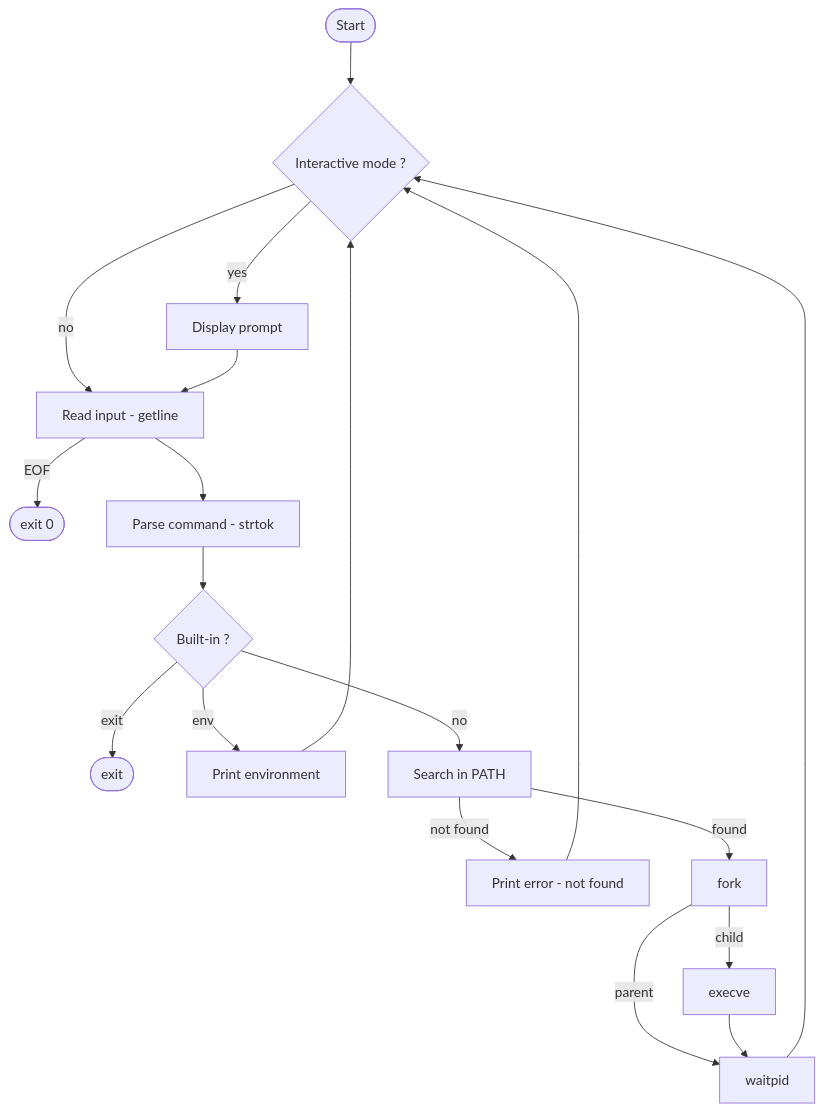
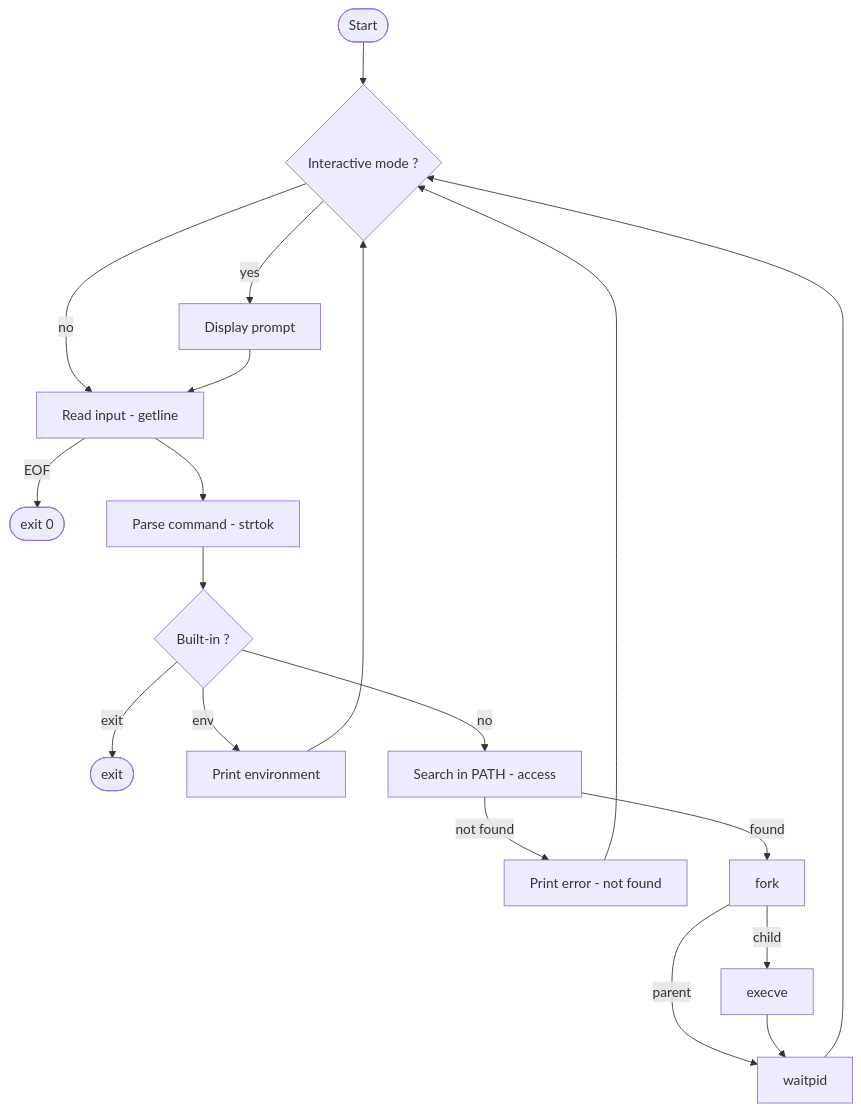
Before and after one commit to Panaki-GILLOT/holbertonschool-simple_shell: the diagram in README.md, drawn with Mermaid. The commit also changed other lines of this file, not shown here.

````diff
--- a/README.md
+++ b/README.md
@@ -66,22 +100,22 @@
 ```mermaid
 flowchart TD
   START([Start])
   START --> ISATTY{Interactive mode ?}
   ISATTY -->|yes| PROMPT[Display prompt]
   ISATTY -->|no| READ
   PROMPT --> READ[Read input - getline]
   READ -->|EOF| EXIT_EOF([exit 0])
   READ --> PARSE[Parse command - strtok]
   PARSE --> BUILTIN{Built-in ?}
   BUILTIN -->|exit| EXIT_CMD([exit])
   BUILTIN -->|env| ENV[Print environment]
   ENV --> ISATTY
-  BUILTIN -->|no| FIND[Search in PATH]
+  BUILTIN -->|no| FIND[Search in PATH - access]
   FIND -->|not found| ERR[Print error - not found]
   ERR --> ISATTY
   FIND -->|found| FORK[fork]
   FORK -->|child| EXEC[execve]
   FORK -->|parent| WAIT[waitpid]
   EXEC --> WAIT
   WAIT --> ISATTY
 ```
````
